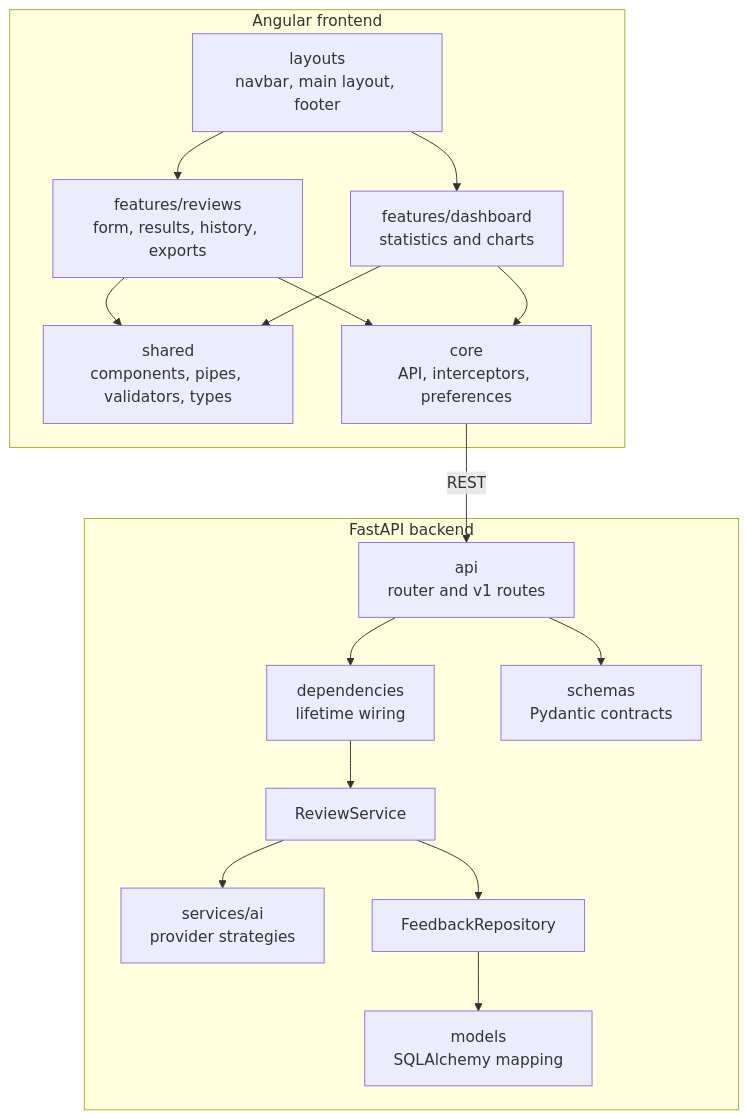
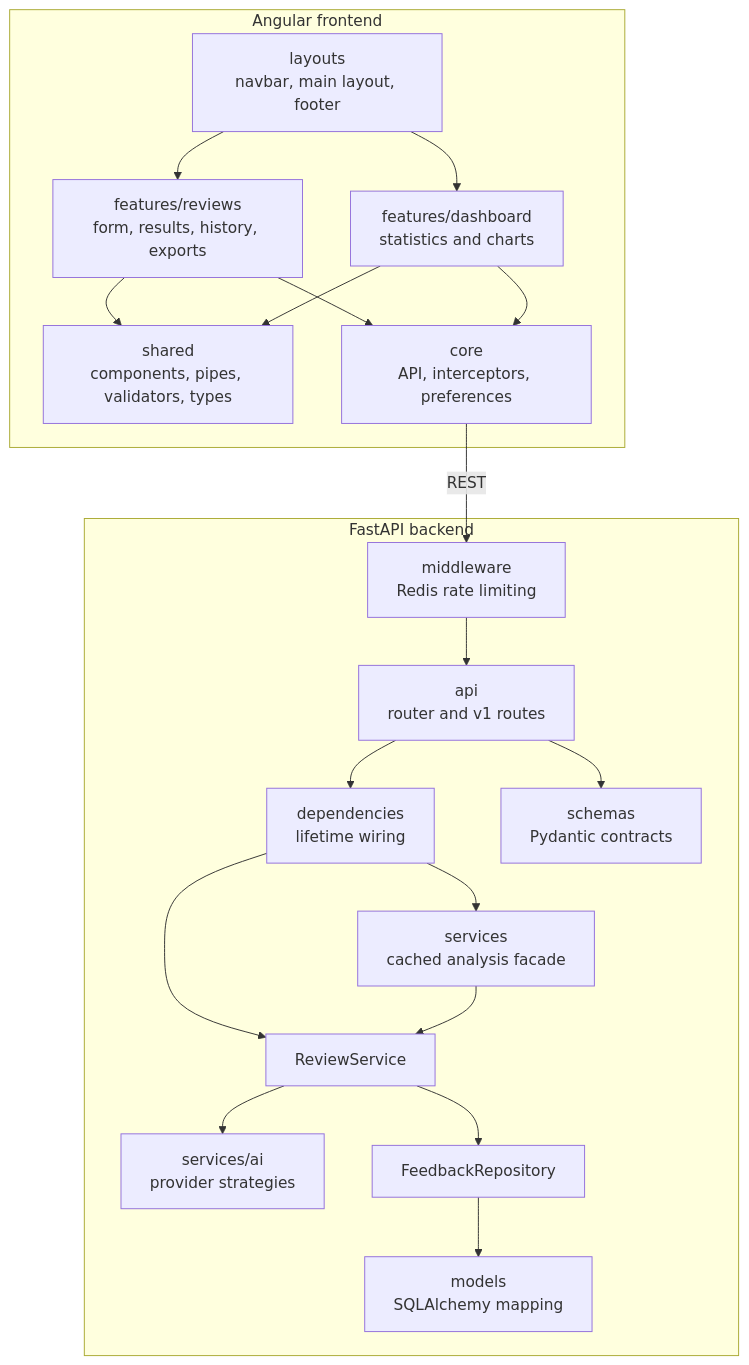
Before and after one commit to saurabhzaiswal/GenAI-Customer-Review-Analyzer: the second of 13 diagrams in docs/LOW_LEVEL_DESIGN.md, drawn with Mermaid. The commit also changed other lines of this file and 70 other files, not shown here.

````diff
--- a/docs/LOW_LEVEL_DESIGN.md
+++ b/docs/LOW_LEVEL_DESIGN.md
@@ -29,34 +37,39 @@
 ```mermaid
 flowchart TB
     subgraph Frontend[Angular frontend]
         Layout[layouts<br/>navbar, main layout, footer]
         Reviews[features/reviews<br/>form, results, history, exports]
         Dashboard[features/dashboard<br/>statistics and charts]
         Shared[shared<br/>components, pipes, validators, types]
         Core[core<br/>API, interceptors, preferences]
         Layout --> Reviews
         Layout --> Dashboard
         Reviews --> Shared
         Dashboard --> Shared
         Reviews --> Core
         Dashboard --> Core
     end
 
     subgraph Backend[FastAPI backend]
         API[api<br/>router and v1 routes]
         Dependencies[dependencies<br/>lifetime wiring]
+        RateLimit[middleware<br/>Redis rate limiting]
+        Cache[services<br/>cached analysis facade]
         Service[ReviewService]
         Provider[services/ai<br/>provider strategies]
         Repository[FeedbackRepository]
         Schema[schemas<br/>Pydantic contracts]
         Model[models<br/>SQLAlchemy mapping]
+        RateLimit --> API
         API --> Dependencies
         API --> Schema
         Dependencies --> Service
+        Dependencies --> Cache
+        Cache --> Service
         Service --> Provider
         Service --> Repository
         Repository --> Model
     end
 
-    Core -->|REST| API
+    Core -->|REST| RateLimit
 ```
````
